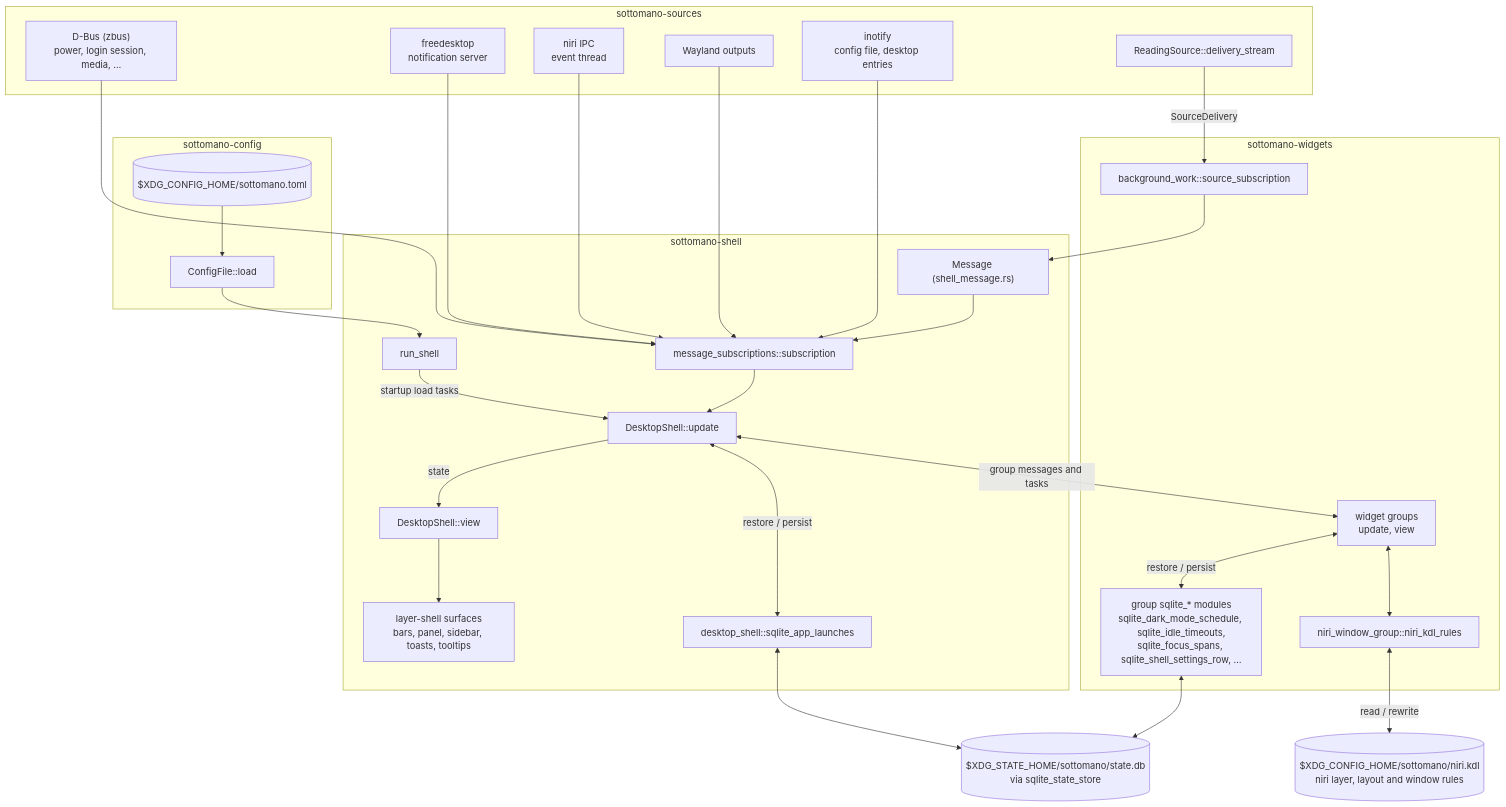
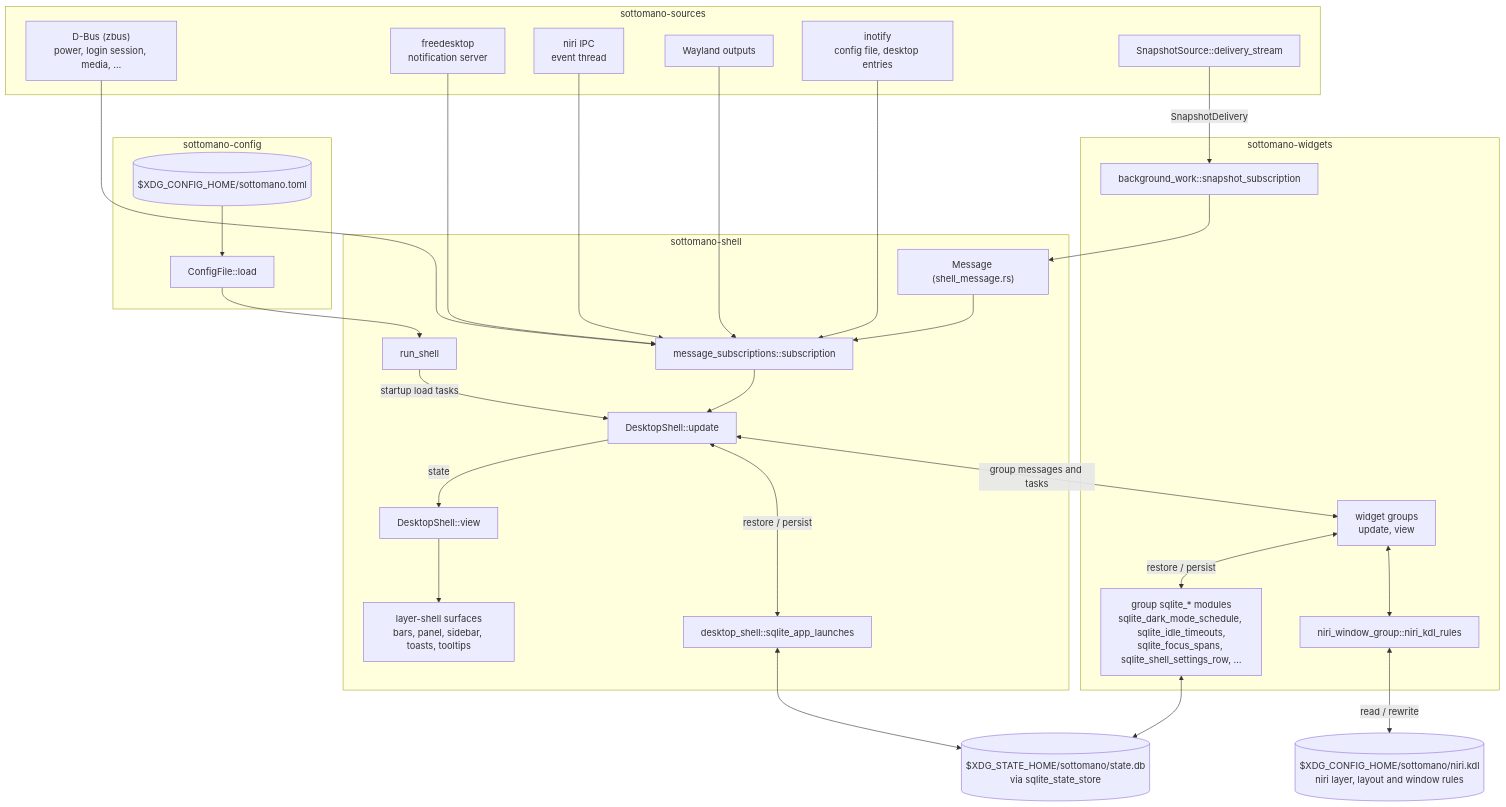
Before and after one commit to wvhulle/sottomano: the first of 3 diagrams in docs/development.md, drawn with Mermaid. The commit also changed 161 other files, not shown here.

````diff
--- a/docs/development.md
+++ b/docs/development.md
@@ -27,53 +27,53 @@
 ```mermaid
 flowchart TB
   subgraph sources_crate [sottomano-sources]
     desktop_bus["D-Bus (zbus)<br>power, login session, media, …"]
     notification_server["freedesktop<br>notification server"]
     niri_event_thread["niri IPC<br>event thread"]
     wayland_outputs["Wayland outputs"]
     file_watches["inotify<br>config file, desktop entries"]
-    reading_sources["ReadingSource::delivery_stream"]
+    snapshot_sources["SnapshotSource::delivery_stream"]
   end
 
   subgraph config_crate [sottomano-config]
     config_file[("$XDG_CONFIG_HOME/sottomano.toml")]
     config_loading["ConfigFile::load"]
     config_file --> config_loading
   end
 
   subgraph widgets_crate [sottomano-widgets]
-    source_subscription["background_work::source_subscription"]
+    snapshot_subscription["background_work::snapshot_subscription"]
     widget_groups["widget groups<br>update, view"]
     group_stores["group sqlite_* modules<br>sqlite_dark_mode_schedule, sqlite_idle_timeouts,<br>sqlite_focus_spans, sqlite_shell_settings_row, …"]
     niri_kdl_rules["niri_window_group::niri_kdl_rules"]
     widget_groups <-->|restore / persist| group_stores
     widget_groups <--> niri_kdl_rules
   end
 
   subgraph shell_crate [sottomano-shell]
     run_shell["run_shell"]
     shell_message["Message (shell_message.rs)"]
     message_subscriptions["message_subscriptions::subscription"]
     shell_update["DesktopShell::update"]
     shell_view["DesktopShell::view"]
     sqlite_app_launches["desktop_shell::sqlite_app_launches"]
     layer_surfaces["layer-shell surfaces<br>bars, panel, sidebar, toasts, tooltips"]
     run_shell -->|startup load tasks| shell_update
     shell_message --> message_subscriptions
     message_subscriptions --> shell_update
     shell_update -->|state| shell_view
     shell_view --> layer_surfaces
     shell_update <-->|restore / persist| sqlite_app_launches
   end
 
   sqlite_state_store[("$XDG_STATE_HOME/sottomano/state.db<br>via sqlite_state_store")]
   niri_kdl_file[("$XDG_CONFIG_HOME/sottomano/niri.kdl<br>niri layer, layout and window rules")]
 
   config_loading --> run_shell
   desktop_bus & notification_server & niri_event_thread & wayland_outputs & file_watches --> message_subscriptions
-  reading_sources -->|SourceDelivery| source_subscription
-  source_subscription --> shell_message
+  snapshot_sources -->|SnapshotDelivery| snapshot_subscription
+  snapshot_subscription --> shell_message
   shell_update <-->|group messages and tasks| widget_groups
   group_stores & sqlite_app_launches <--> sqlite_state_store
   niri_kdl_rules <-->|read / rewrite| niri_kdl_file
 ```
````
